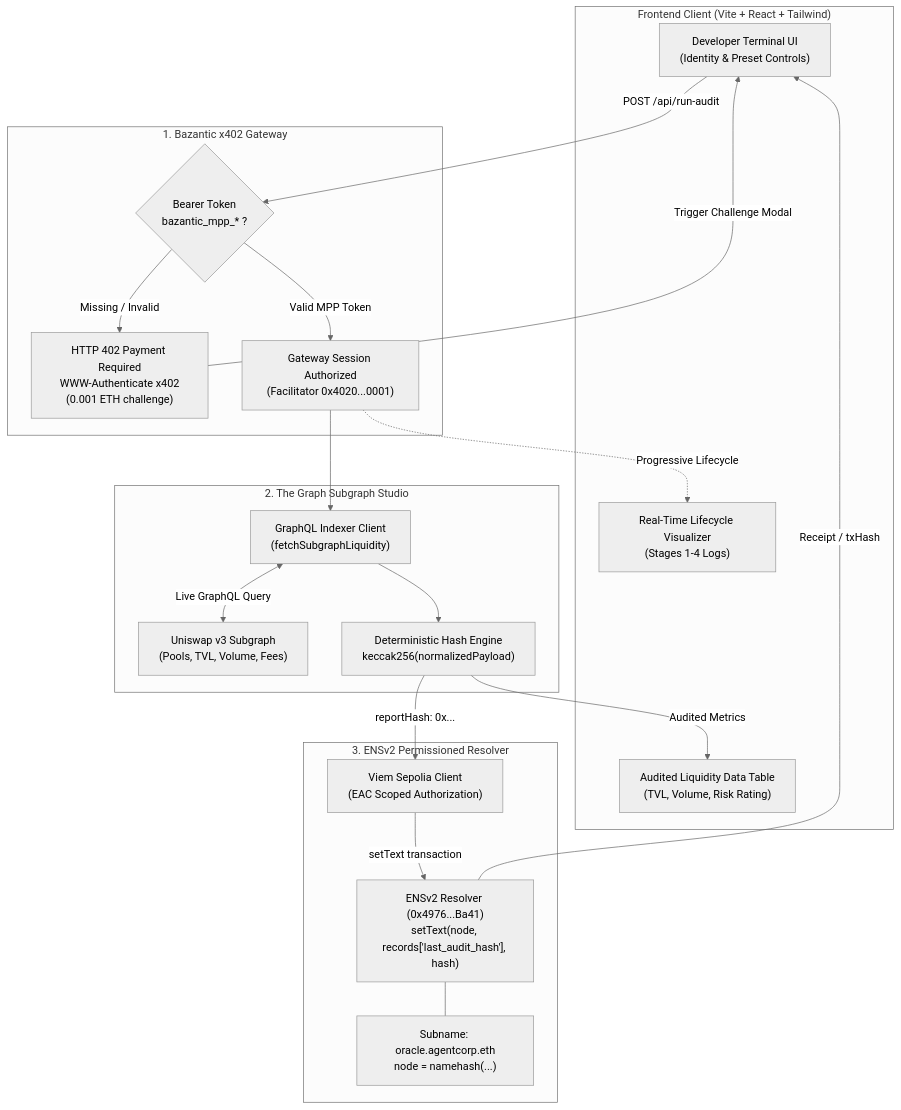
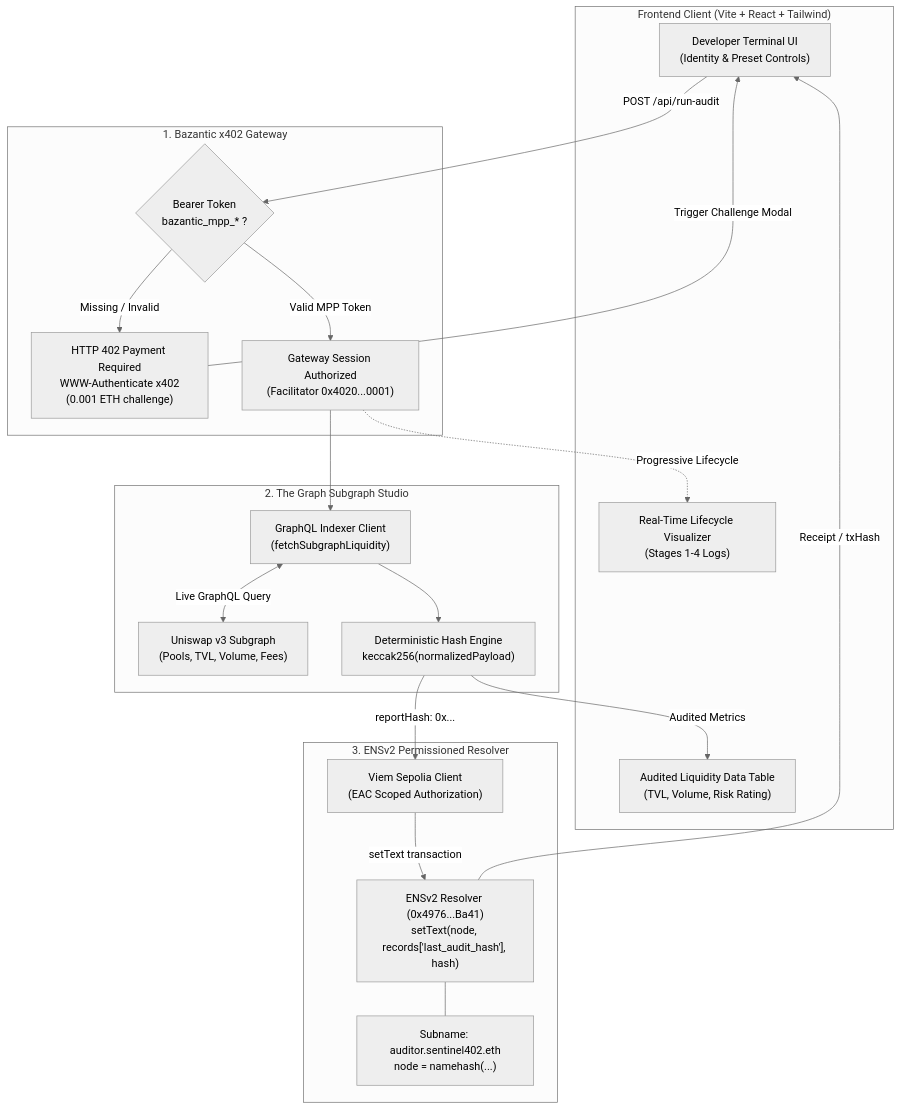
One commit to nlnw/eth-online-2026 changed the diagram in README.md. Above: the diagram before and after it, drawn with Mermaid (neutral theme). The commit also changed other lines of this file and 23 other files, not shown here.

Commit message:
feat(branding): rename project to Sentinel402 and ENS subname to auditor.sentinel402.eth

````diff
--- a/README.md
+++ b/README.md
@@ -14,43 +14,43 @@
 ```mermaid
 flowchart TD
     subgraph Client["Frontend Client (Vite + React + Tailwind)"]
         UI["Developer Terminal UI\n(Identity & Preset Controls)"]
         TerminalLog["Real-Time Lifecycle Visualizer\n(Stages 1-4 Logs)"]
         PoolsTable["Audited Liquidity Data Table\n(TVL, Volume, Risk Rating)"]
     end
 
     subgraph BazanticGateway["1. Bazantic x402 Gateway"]
         AuthCheck{"Bearer Token\nbazantic_mpp_* ?"}
         Challenge402["HTTP 402 Payment Required\nWWW-Authenticate x402\n(0.001 ETH challenge)"]
         SessionPass["Gateway Session Authorized\n(Facilitator 0x4020...0001)"]
     end
 
     subgraph TheGraph["2. The Graph Subgraph Studio"]
         GraphQLClient["GraphQL Indexer Client\n(fetchSubgraphLiquidity)"]
         UniswapSubgraph["Uniswap v3 Subgraph\n(Pools, TVL, Volume, Fees)"]
         DeterministicAudit["Deterministic Hash Engine\nkeccak256(normalizedPayload)"]
     end
 
     subgraph ENSv2["3. ENSv2 Permissioned Resolver"]
         ViemClient["Viem Sepolia Client\n(EAC Scoped Authorization)"]
         SepoliaResolver["ENSv2 Resolver (0x4976...Ba41)\nsetText(node, records['last_audit_hash'], hash)"]
-        SubnameNode["Subname: oracle.agentcorp.eth\nnode = namehash(...)"]
+        SubnameNode["Subname: auditor.sentinel402.eth\nnode = namehash(...)"]
     end
 
     UI -->|"POST /api/run-audit"| AuthCheck
     AuthCheck -- "Missing / Invalid" --> Challenge402
     Challenge402 -->|"Trigger Challenge Modal"| UI
     AuthCheck -- "Valid MPP Token" --> SessionPass
 
     SessionPass --> GraphQLClient
     GraphQLClient <-->|"Live GraphQL Query"| UniswapSubgraph
     GraphQLClient --> DeterministicAudit
     DeterministicAudit -->|"reportHash: 0x..."| ViemClient
 
     ViemClient -->|"setText transaction"| SepoliaResolver
     SepoliaResolver --- SubnameNode
 
     SepoliaResolver -->|"Receipt / txHash"| UI
     DeterministicAudit -->|"Audited Metrics"| PoolsTable
     SessionPass -.->|"Progressive Lifecycle"| TerminalLog
 ```
````
